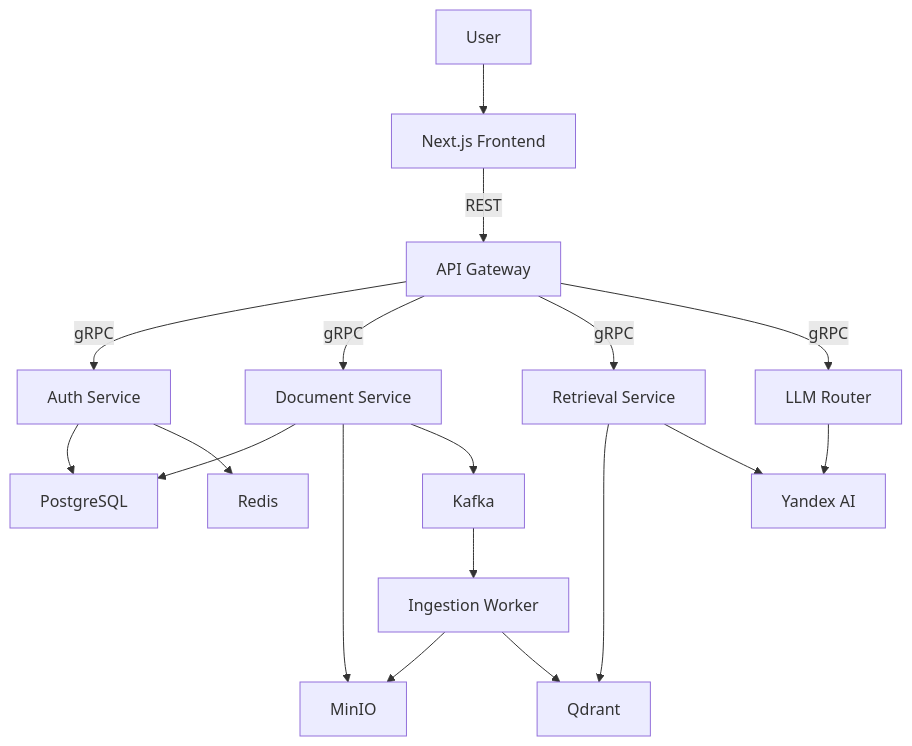
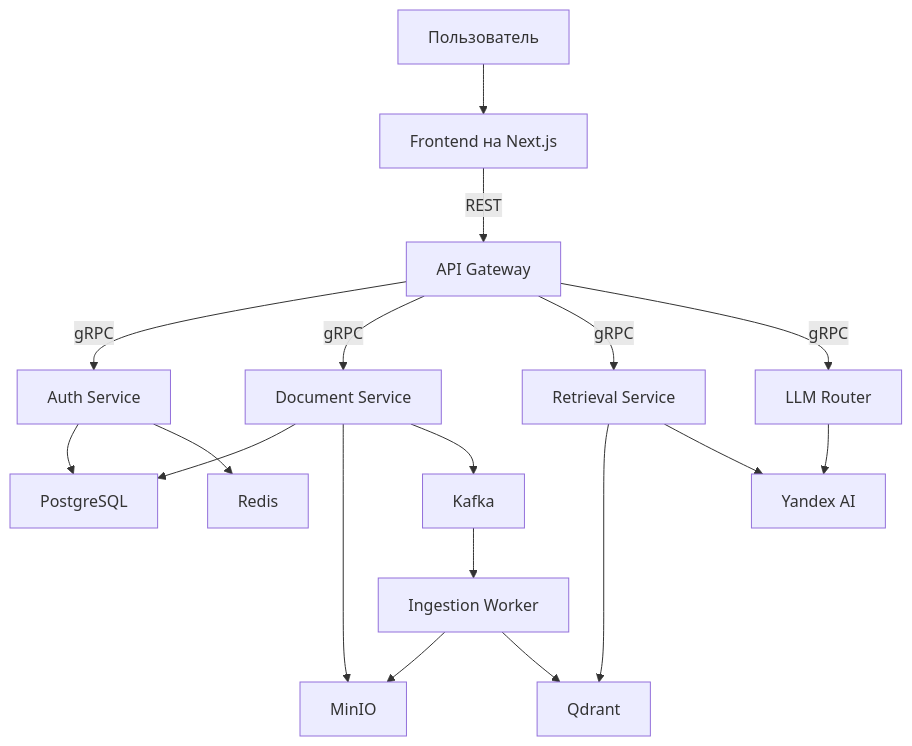
One commit to netabakovv/rag-as-service changed the diagram in README.md. Above: the diagram before and after it, drawn with Mermaid. The commit also changed other lines of this file, not shown here.

````diff
--- a/README.md
+++ b/README.md
@@ -11,22 +11,22 @@
 ```mermaid
 flowchart TB
-    User --> Frontend[Next.js Frontend]
+    User[Пользователь] --> Frontend[Frontend на Next.js]
     Frontend -->|REST| Gateway[API Gateway]
 
     Gateway -->|gRPC| Auth[Auth Service]
     Gateway -->|gRPC| Document[Document Service]
     Gateway -->|gRPC| Retrieval[Retrieval Service]
     Gateway -->|gRPC| LLM[LLM Router]
 
     Auth --> PostgreSQL
     Auth --> Redis
     Document --> PostgreSQL
     Document --> MinIO
     Document --> Kafka
     Kafka --> Worker[Ingestion Worker]
     Worker --> MinIO
     Worker --> Qdrant
     Retrieval --> Qdrant
     Retrieval --> YandexAI[Yandex AI]
     LLM --> YandexAI
 ```
````
